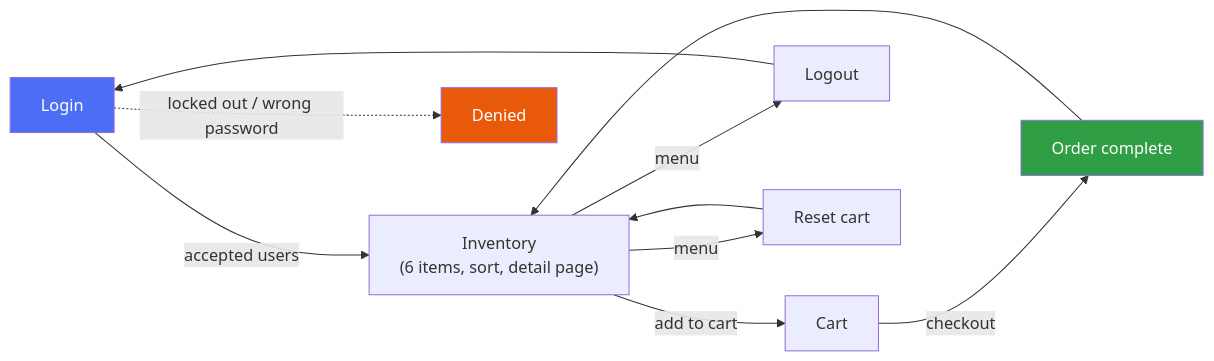
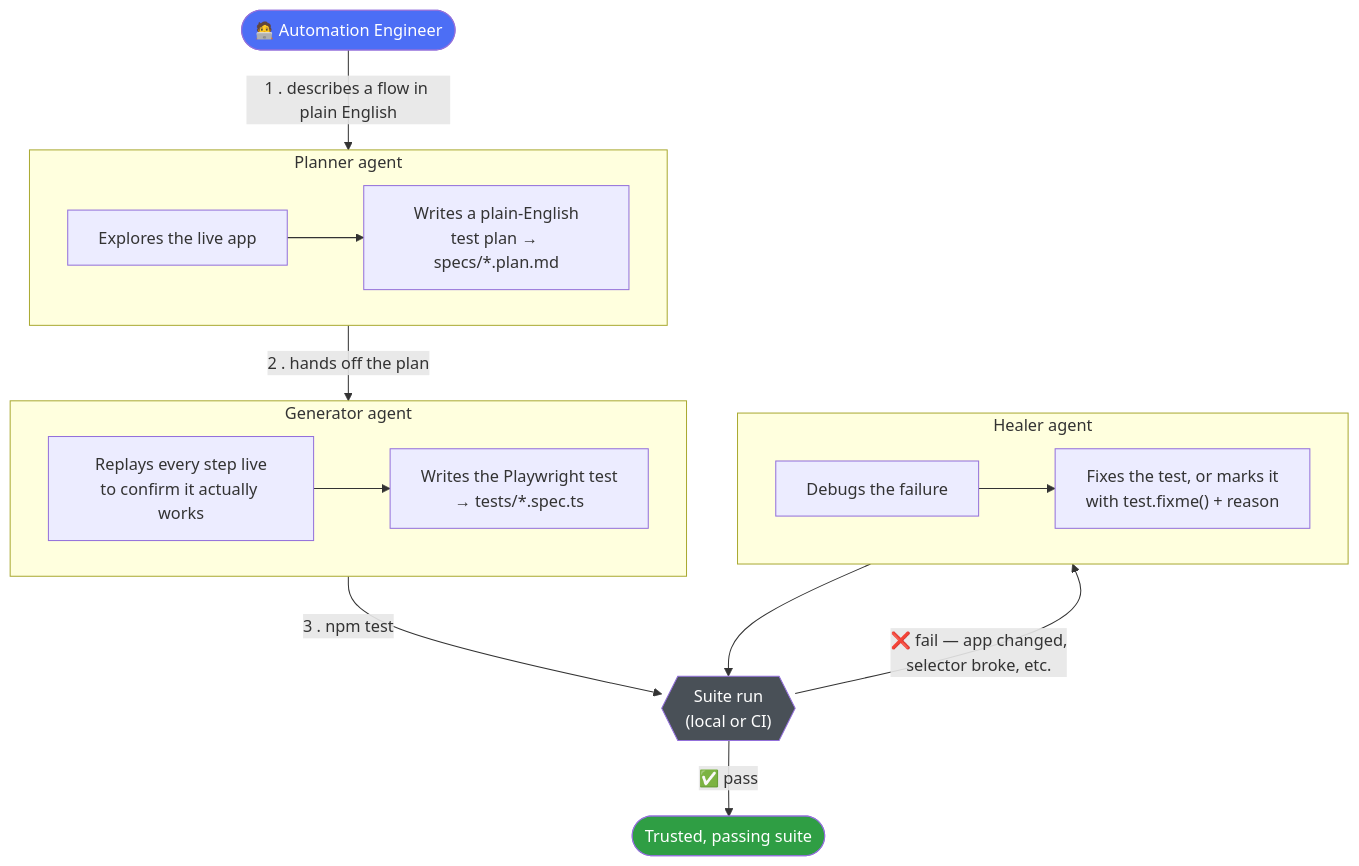
One commit to nitesh00747/PromtDrivenAutomation_JavaScript changed the diagram in README.md. Above: the diagram before and after it, drawn with Mermaid. The commit also changed other lines of this file and 21 other files, not shown here.

````diff
--- a/README.md
+++ b/README.md
@@ -70,14 +20,36 @@
 ```mermaid
-flowchart LR
-    LOGIN["Login"] -->|"accepted users"| INV["Inventory<br/>(6 items, sort, detail page)"]
-    LOGIN -.->|"locked out / wrong password"| DENY["Denied"]
-    INV -->|"add to cart"| CART["Cart"]
-    CART -->|"checkout"| DONE["Order complete"]
-    DONE --> INV
-    INV -->|"menu"| LOGOUT["Logout"] --> LOGIN
-    INV -->|"menu"| RESET["Reset cart"] --> INV
+flowchart TD
+    ENG(["🧑‍💻 Automation Engineer"])
+    ENG -->|"1 . describes a flow in plain English"| PLAN
 
-    style LOGIN fill:#4c6ef5,color:#fff
-    style DENY fill:#e8590c,color:#fff
+    subgraph PLAN["Planner agent"]
+        P1["Explores the live app"]
+        P2["Writes a plain-English\ntest plan → specs/*.plan.md"]
+        P1 --> P2
+    end
+
+    PLAN -->|"2 . hands off the plan"| GEN
+
+    subgraph GEN["Generator agent"]
+        G1["Replays every step live\nto confirm it actually works"]
+        G2["Writes the Playwright test\n→ tests/*.spec.ts"]
+        G1 --> G2
+    end
+
+    GEN -->|"3 . npm test"| CI{{"Suite run\n(local or CI)"}}
+
+    CI -->|"✅ pass"| DONE(["Trusted, passing suite"])
+    CI -->|"❌ fail — app changed,\nselector broke, etc."| HEAL
+
+    subgraph HEAL["Healer agent"]
+        H1["Debugs the failure"]
+        H2["Fixes the test, or marks it\nwith test.fixme() + reason"]
+        H1 --> H2
+    end
+
+    HEAL --> CI
+
+    style ENG fill:#4c6ef5,color:#fff
     style DONE fill:#2f9e44,color:#fff
+    style CI fill:#495057,color:#fff
 ```
````
